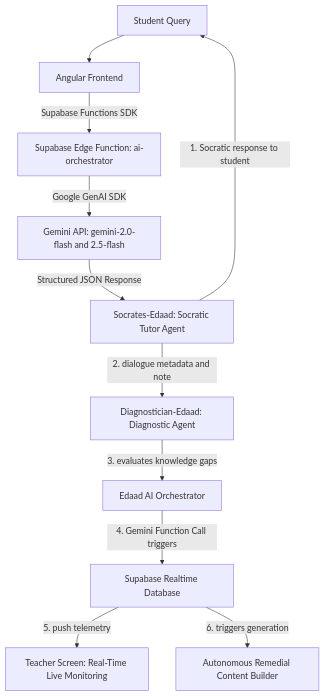
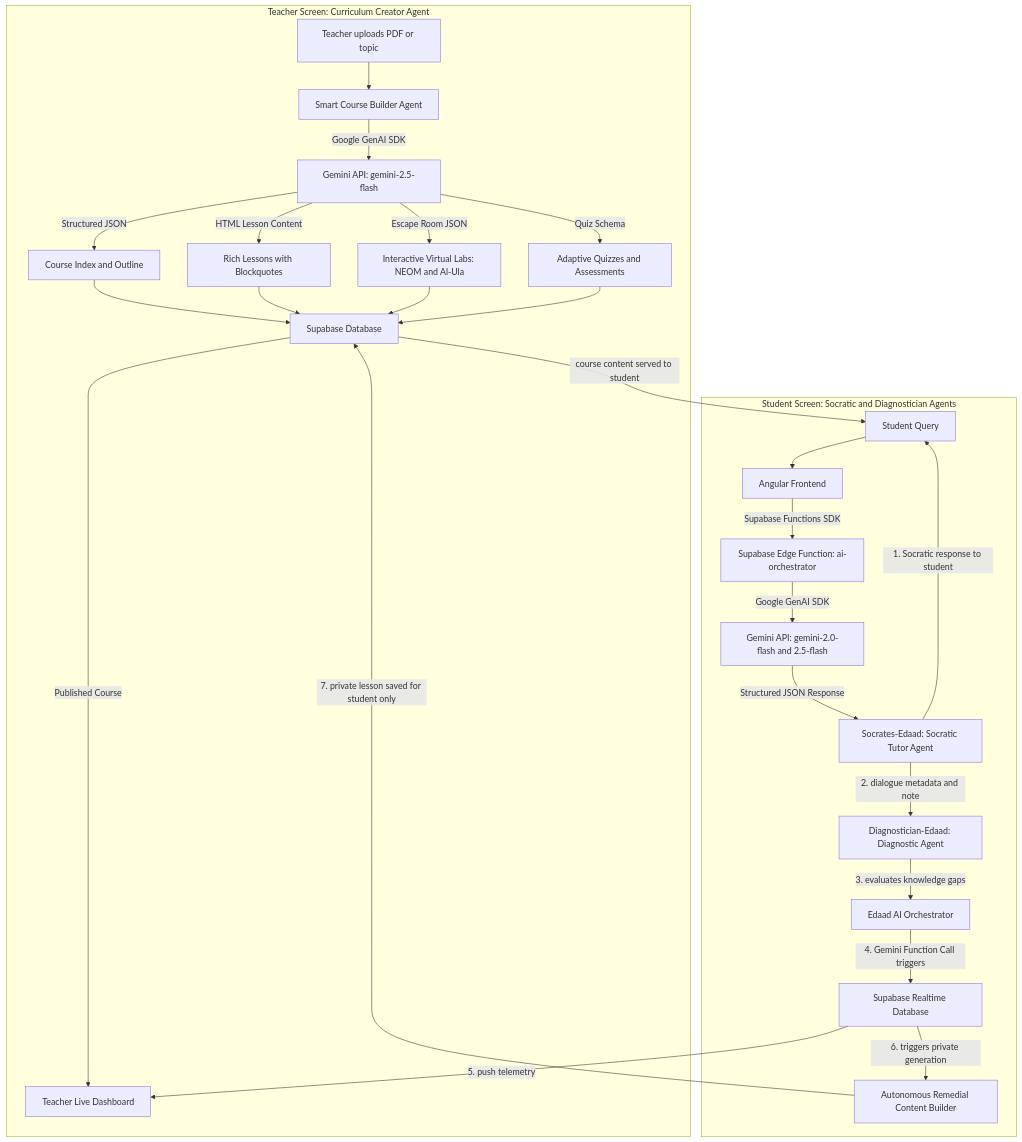
One commit to abutameemrdp/edaad-ai-agents-challenge changed the diagram in README.md. Above: the diagram before and after it, drawn with Mermaid.

Commit message:
feat: expand architecture diagram to include Smart Course Builder agent pipeline

````diff
--- a/README.md
+++ b/README.md
@@ -16,13 +16,32 @@
 ```mermaid
 graph TD
-    Student[Student Query] --> Angular[Angular Frontend]
-    Angular -->|Supabase Functions SDK| EdgeFn[Supabase Edge Function: ai-orchestrator]
-    EdgeFn -->|Google GenAI SDK| Gemini[Gemini API: gemini-2.0-flash and 2.5-flash]
-    Gemini -->|Structured JSON Response| Socrates[Socrates-Edaad: Socratic Tutor Agent]
-    Socrates -->|1. Socratic response to student| Student
-    Socrates -->|2. dialogue metadata and note| Diagnostician[Diagnostician-Edaad: Diagnostic Agent]
-    Diagnostician -->|3. evaluates knowledge gaps| Orchestrator[Edaad AI Orchestrator]
-    Orchestrator -->|4. Gemini Function Call triggers| Supabase[Supabase Realtime Database]
-    Supabase -->|5. push telemetry| Teacher[Teacher Screen: Real-Time Live Monitoring]
-    Supabase -->|6. triggers generation| RemedialBuilder[Autonomous Remedial Content Builder]
+    subgraph TeacherAgent [" Teacher Screen: Curriculum Creator Agent "]
+        Teacher[Teacher uploads PDF or topic] --> CourseBuilder[Smart Course Builder Agent]
+        CourseBuilder -->|Google GenAI SDK| GeminiCB[Gemini API: gemini-2.5-flash]
+        GeminiCB -->|Structured JSON| CourseIndex[Course Index and Outline]
+        GeminiCB -->|HTML Lesson Content| Lessons[Rich Lessons with Blockquotes]
+        GeminiCB -->|Escape Room JSON| Labs[Interactive Virtual Labs: NEOM and Al-Ula]
+        GeminiCB -->|Quiz Schema| Quizzes[Adaptive Quizzes and Assessments]
+        CourseIndex --> DB[Supabase Database]
+        Lessons --> DB
+        Labs --> DB
+        Quizzes --> DB
+        DB -->|Published Course| TeacherDashboard[Teacher Live Dashboard]
+    end
+
+    subgraph StudentAgent [" Student Screen: Socratic and Diagnostician Agents "]
+        Student[Student Query] --> Angular[Angular Frontend]
+        Angular -->|Supabase Functions SDK| EdgeFn[Supabase Edge Function: ai-orchestrator]
+        EdgeFn -->|Google GenAI SDK| Gemini[Gemini API: gemini-2.0-flash and 2.5-flash]
+        Gemini -->|Structured JSON Response| Socrates[Socrates-Edaad: Socratic Tutor Agent]
+        Socrates -->|1. Socratic response to student| Student
+        Socrates -->|2. dialogue metadata and note| Diagnostician[Diagnostician-Edaad: Diagnostic Agent]
+        Diagnostician -->|3. evaluates knowledge gaps| Orchestrator[Edaad AI Orchestrator]
+        Orchestrator -->|4. Gemini Function Call triggers| Supabase[Supabase Realtime Database]
+        Supabase -->|5. push telemetry| TeacherDashboard
+        Supabase -->|6. triggers private generation| RemedialBuilder[Autonomous Remedial Content Builder]
+        RemedialBuilder -->|7. private lesson saved for student only| DB
+    end
+
+    DB -->|course content served to student| Student
 ```
````
